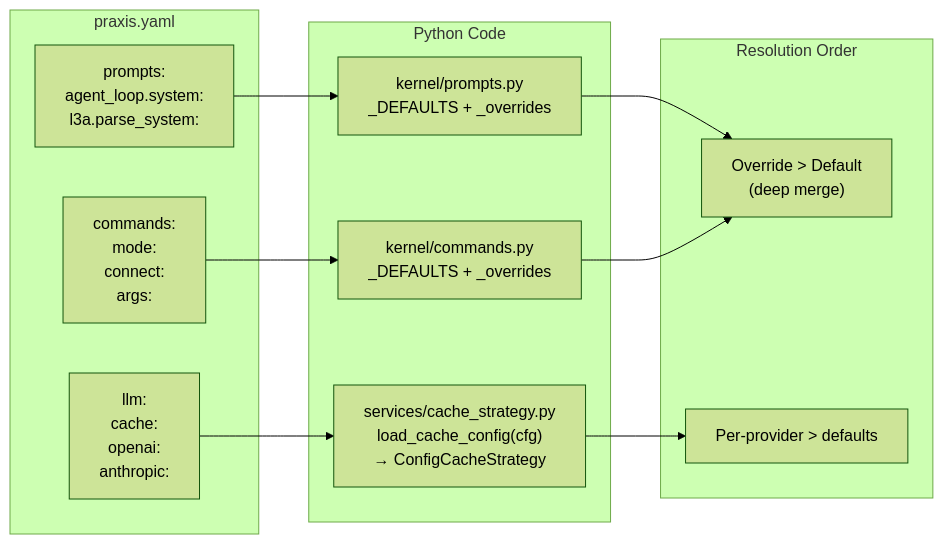
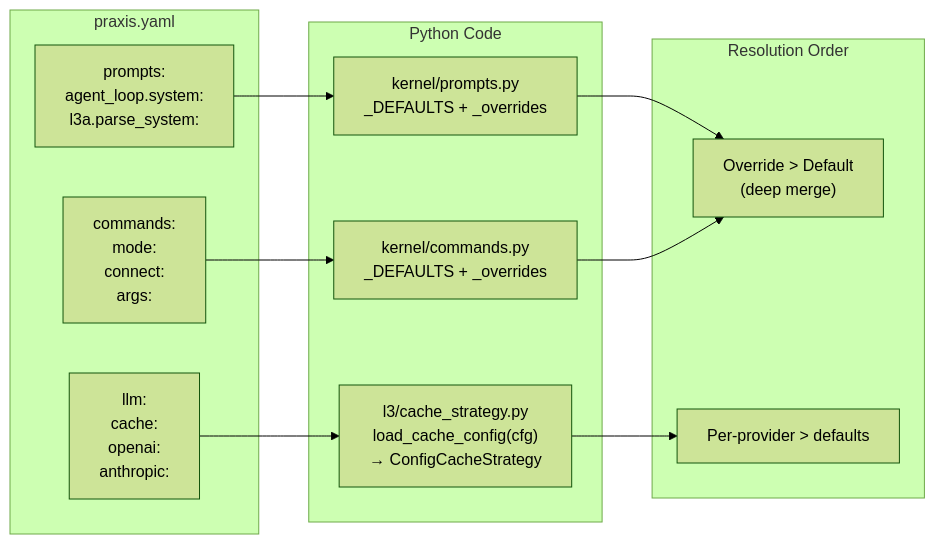
Diagram 26 of 27 in docs/design/praxis-architecture-actual.md (guilingzhouyi-creator/Praxis-Agent-OS), drawn with Mermaid (forest theme) before and after one commit. The commit also changed other lines of this file and 3 other files, not shown here.

First line of the commit message:
docs: update architecture doc to reflect 5-layer structure and add .gitignore patterns

````diff
--- a/docs/design/praxis-architecture-actual.md
+++ b/docs/design/praxis-architecture-actual.md
@@ -1600,27 +1720,27 @@
 ```mermaid
 flowchart LR
     subgraph YAML["praxis.yaml"]
         PROMPTS["prompts:\n  agent_loop.system:\n  l3a.parse_system:"]
         COMMANDS["commands:\n  mode:\n  connect:\n    args:"]
         CACHE["llm:\n  cache:\n    openai:\n    anthropic:"]
     end
 
     subgraph Code["Python Code"]
         PP["kernel/prompts.py\n_DEFAULTS + _overrides"]
         PC["kernel/commands.py\n_DEFAULTS + _overrides"]
 
-        PS["services/cache_strategy.py\nload_cache_config(cfg)\n→ ConfigCacheStrategy"]
+        PS["l3/cache_strategy.py\nload_cache_config(cfg)\n→ ConfigCacheStrategy"]
     end
 
     subgraph Resolution["Resolution Order"]
         R1["Override > Default\n(deep merge)"]
         R2["Per-provider > defaults"]
     end
 
     PROMPTS --> PP
     COMMANDS --> PC
     CACHE --> PS
     PP --> R1
     PC --> R1
     PS --> R2
 ```
````
